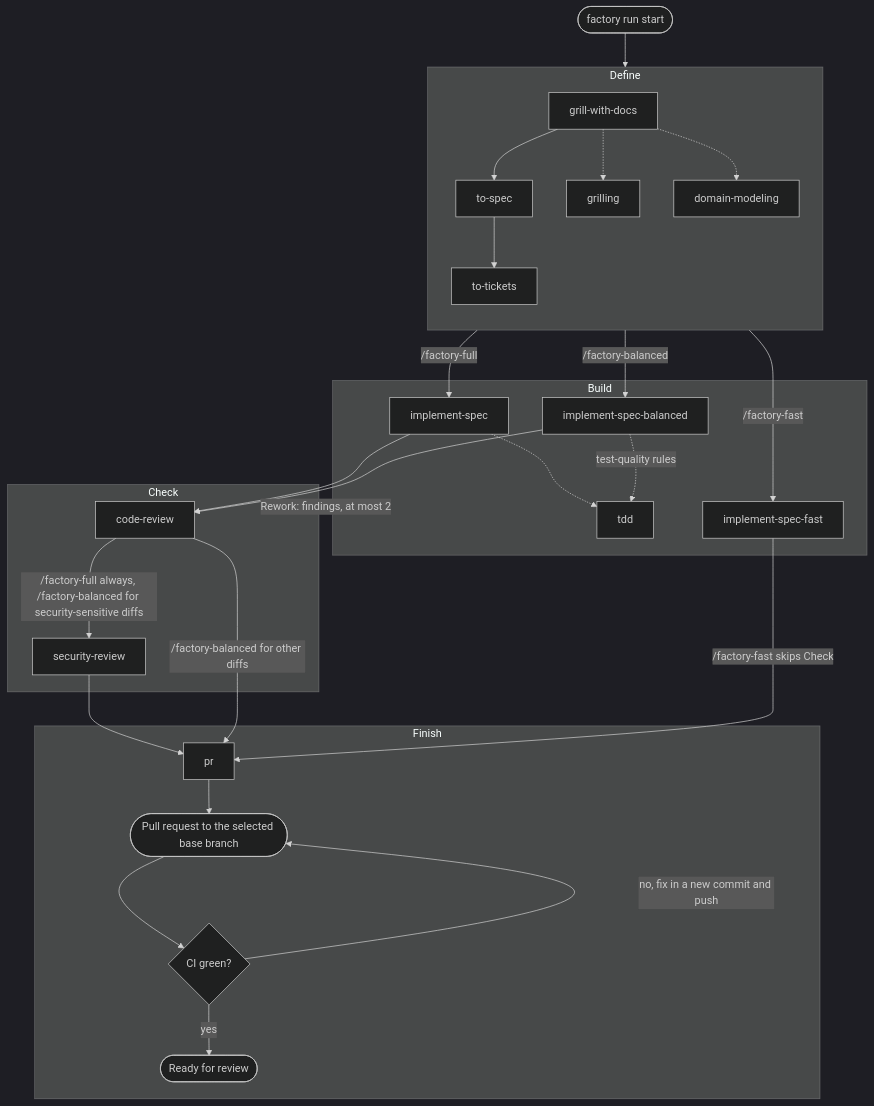
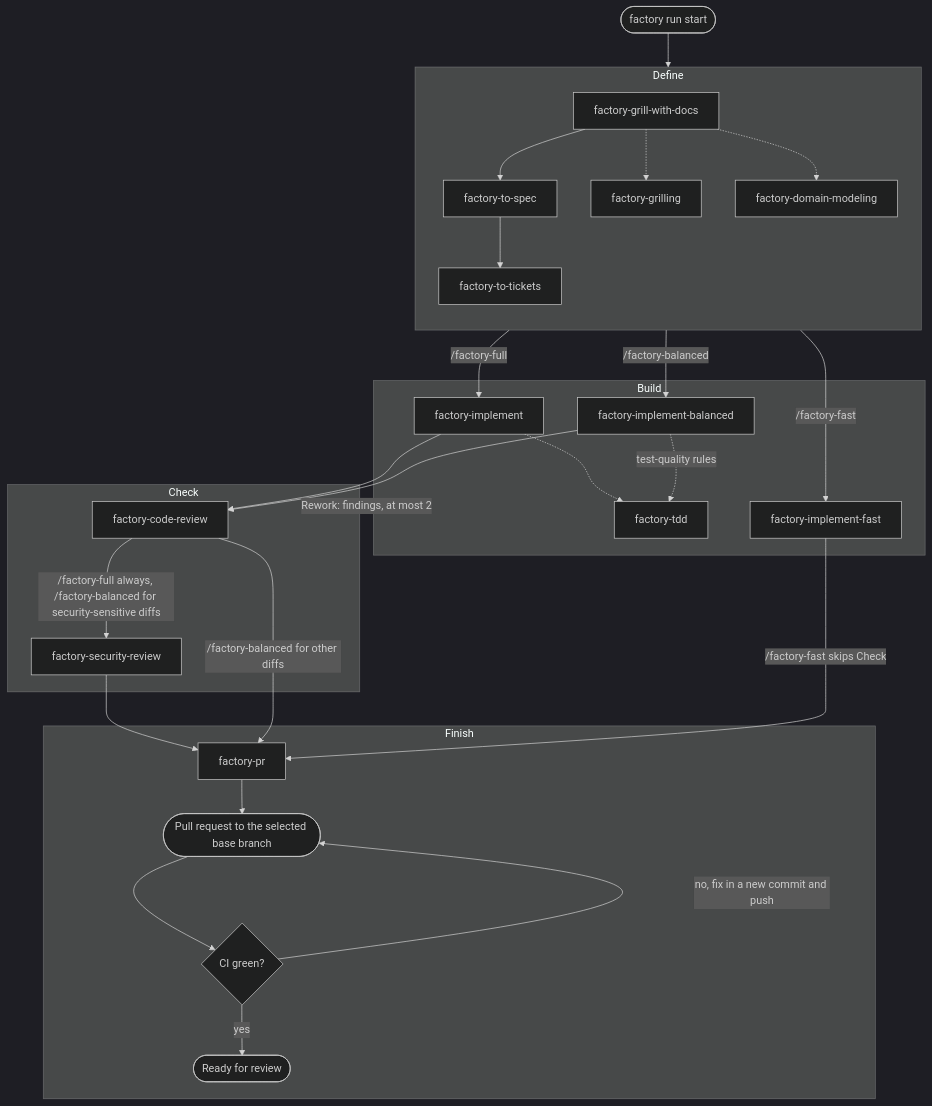
One commit to TDSchreur/jidoka changed the diagram in README.md. Above: the diagram before and after it, drawn with Mermaid (dark theme). The commit also changed other lines of this file and 91 other files, not shown here.

````diff
--- a/README.md
+++ b/README.md
@@ -177,38 +177,38 @@
 ```mermaid
 flowchart TB
     start([factory run start]) --> define
 
     subgraph define [Define]
         direction TB
-        grill[grill-with-docs] --> spec[to-spec] --> tickets[to-tickets]
-        grill -.-> grilling[grilling]
-        grill -.-> domain[domain-modeling]
+        grill[factory-grill-with-docs] --> spec[factory-to-spec] --> tickets[factory-to-tickets]
+        grill -.-> grilling[factory-grilling]
+        grill -.-> domain[factory-domain-modeling]
     end
 
     subgraph build [Build]
-        impl[implement-spec] -.-> tdd[tdd]
-        implbal[implement-spec-balanced] -.->|test-quality rules| tdd
-        implfast[implement-spec-fast]
+        impl[factory-implement] -.-> tdd[factory-tdd]
+        implbal[factory-implement-balanced] -.->|test-quality rules| tdd
+        implfast[factory-implement-fast]
     end
 
     subgraph check [Check]
-        review[code-review] -->|/factory-full always, /factory-balanced for security-sensitive diffs| security[security-review]
+        review[factory-code-review] -->|/factory-full always, /factory-balanced for security-sensitive diffs| security[factory-security-review]
     end
 
     subgraph finish [Finish]
-        pr[pr] --> pull([Pull request to the selected base branch])
+        pr[factory-pr] --> pull([Pull request to the selected base branch])
         pull --> ci{CI green?}
         ci -->|no, fix in a new commit and push| pull
         ci -->|yes| done([Ready for review])
     end
 
     define -->|/factory-full| impl
     define -->|/factory-balanced| implbal
     define -->|/factory-fast| implfast
     impl --> review
     implbal --> review
     check -.->|Rework: findings, at most 2| build
     security --> pr
     review -->|/factory-balanced for other diffs| pr
     implfast -->|/factory-fast skips Check| pr
 ```
````
